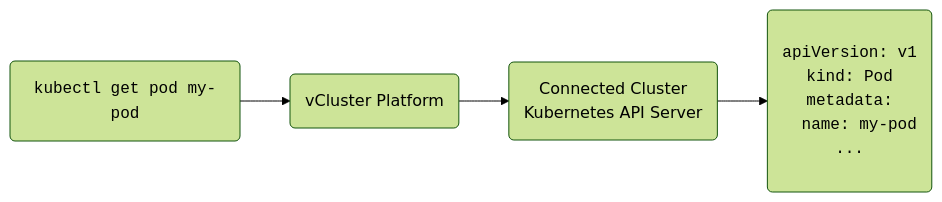
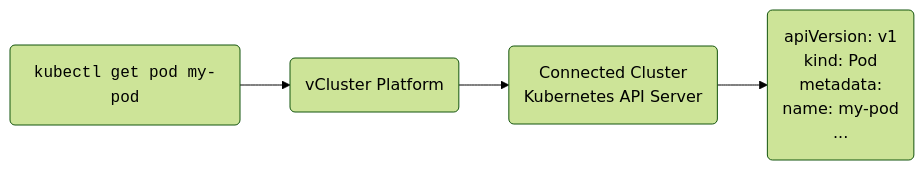
The diagram in platform_versioned_docs/version-4.2.0/index.mdx (loft-sh/vcluster-docs), drawn with Mermaid (forest theme) before and after one commit. The commit also changed 7 other files, not shown here.

````diff
--- a/platform_versioned_docs/version-4.2.0/index.mdx
+++ b/platform_versioned_docs/version-4.2.0/index.mdx
@@ -60,13 +60,13 @@
 ```mermaid
 flowchart LR;
   kubectl("<code>kubectl get pod my-pod</code>") --> Platform
 
   Platform("vCluster Platform")
 
   Platform --> Cluster("Connected Cluster <br/> Kubernetes API Server")
-  Cluster --> Pod("<pre>apiVersion: v1\nkind: Pod\nmetadata:\n  name: my-pod\n...</pre>")
+  Cluster --> Pod("apiVersion: v1<br/>kind: Pod<br/>metadata:<br/>  name: my-pod<br/>...")
 
   class kubectl code
   class Pod yaml
   class Platform platform
 ```
````
